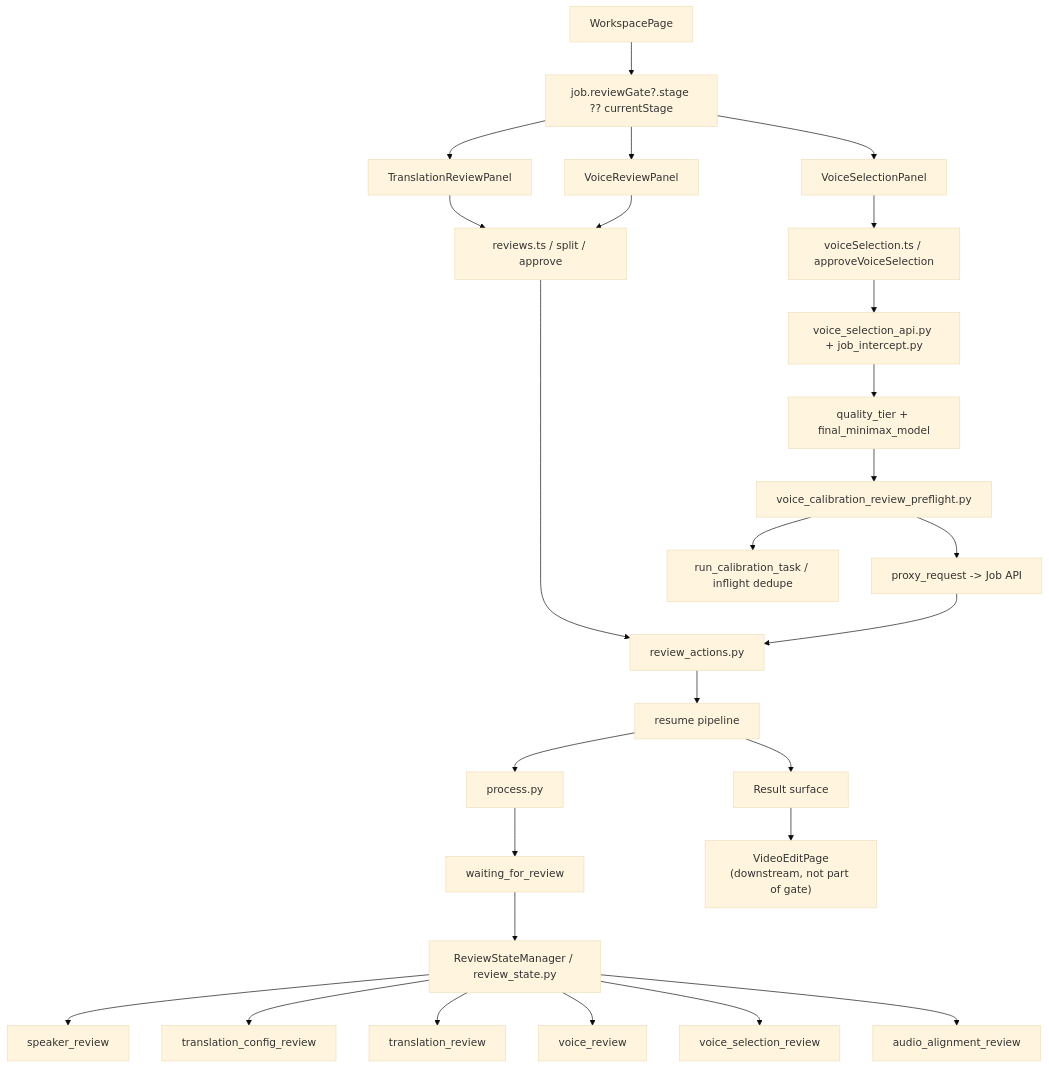
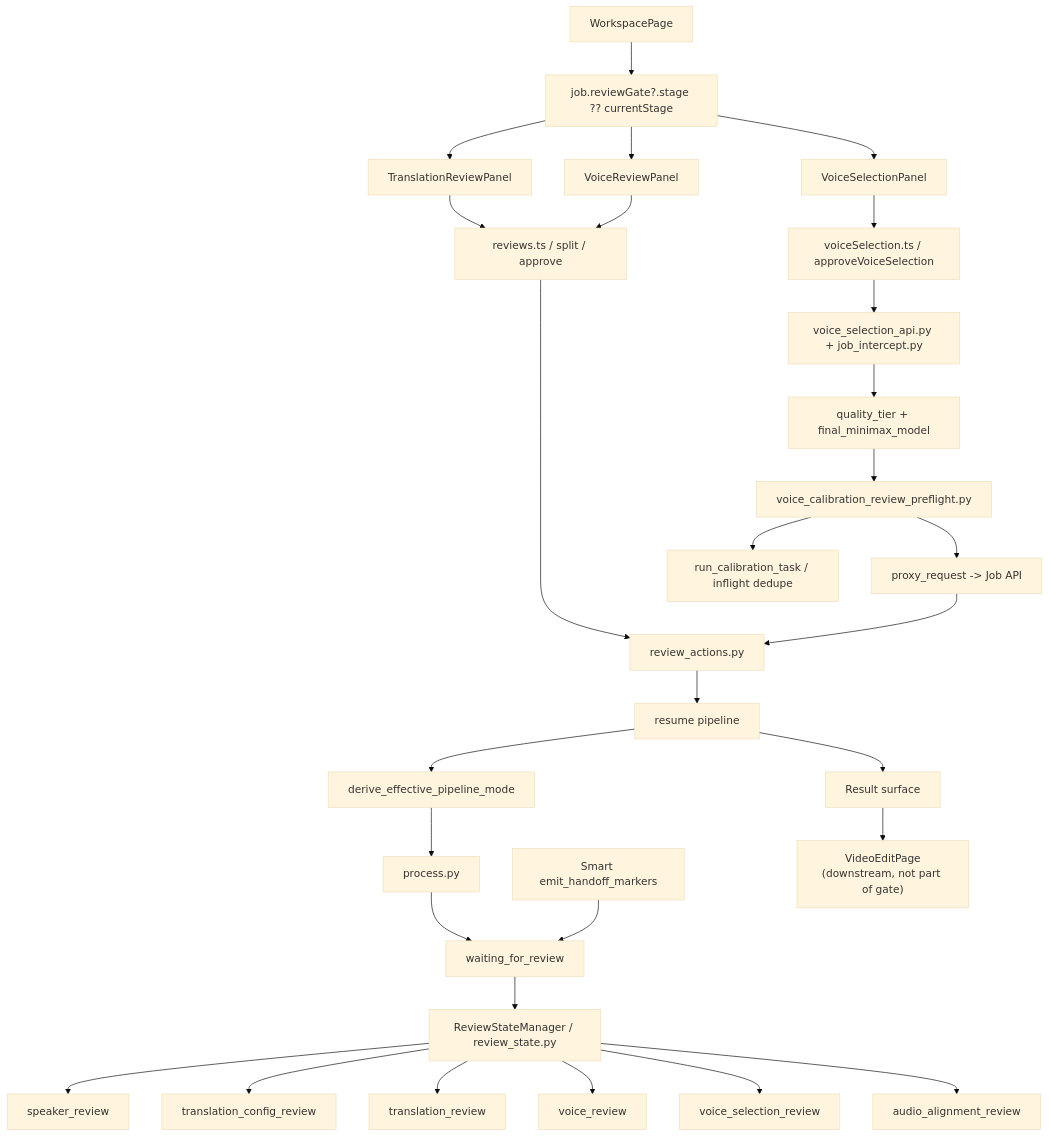
The diagram in docs/graphs/GITNEXUS_REVIEW_GRAPH.md (sun9bear/AITransVideo), drawn with Mermaid (base theme) before and after one commit. The commit also changed other lines of this file and 12 other files, not shown here.

Commit message:
docs(graphs): refresh GitNexus graphs to d56ac1c

````diff
--- a/docs/graphs/GITNEXUS_REVIEW_GRAPH.md
+++ b/docs/graphs/GITNEXUS_REVIEW_GRAPH.md
@@ -17,34 +18,36 @@
 ```mermaid
 graph TD
     Pipeline["process.py"] --> Pending["waiting_for_review"]
+    SmartHandoff["Smart emit_handoff_markers"] --> Pending
     Pending --> ReviewState["ReviewStateManager / review_state.py"]
 
     ReviewState --> Speaker["speaker_review"]
     ReviewState --> Config["translation_config_review"]
     ReviewState --> Translation["translation_review"]
     ReviewState --> Voice["voice_review"]
     ReviewState --> VoiceSelect["voice_selection_review"]
     ReviewState --> AudioAlign["audio_alignment_review"]
 
     Workspace["WorkspacePage"] --> Gate["job.reviewGate?.stage ?? currentStage"]
     Gate --> TranslationPanel["TranslationReviewPanel"]
     Gate --> VoicePanel["VoiceReviewPanel"]
     Gate --> VoiceSelectPanel["VoiceSelectionPanel"]
 
     TranslationPanel --> ReviewApi["reviews.ts / split / approve"]
     VoicePanel --> ReviewApi
     ReviewApi --> ReviewActions["review_actions.py"]
 
     VoiceSelectPanel --> VoiceApi["voiceSelection.ts / approveVoiceSelection"]
     VoiceApi --> VoiceGateway["voice_selection_api.py + job_intercept.py"]
     VoiceGateway --> QualitySync["quality_tier + final_minimax_model"]
     QualitySync --> Preflight["voice_calibration_review_preflight.py"]
     Preflight --> CalibTask["run_calibration_task / inflight dedupe"]
     Preflight --> Proxy["proxy_request -> Job API"]
     Proxy --> ReviewActions
 
     ReviewActions --> Resume["resume pipeline"]
-    Resume --> Pipeline
+    Resume --> EffectiveMode["derive_effective_pipeline_mode"]
+    EffectiveMode --> Pipeline
     Resume --> Result["Result surface"]
     Result --> Edit["VideoEditPage<br/>(downstream, not part of gate)"]
 ```
````
